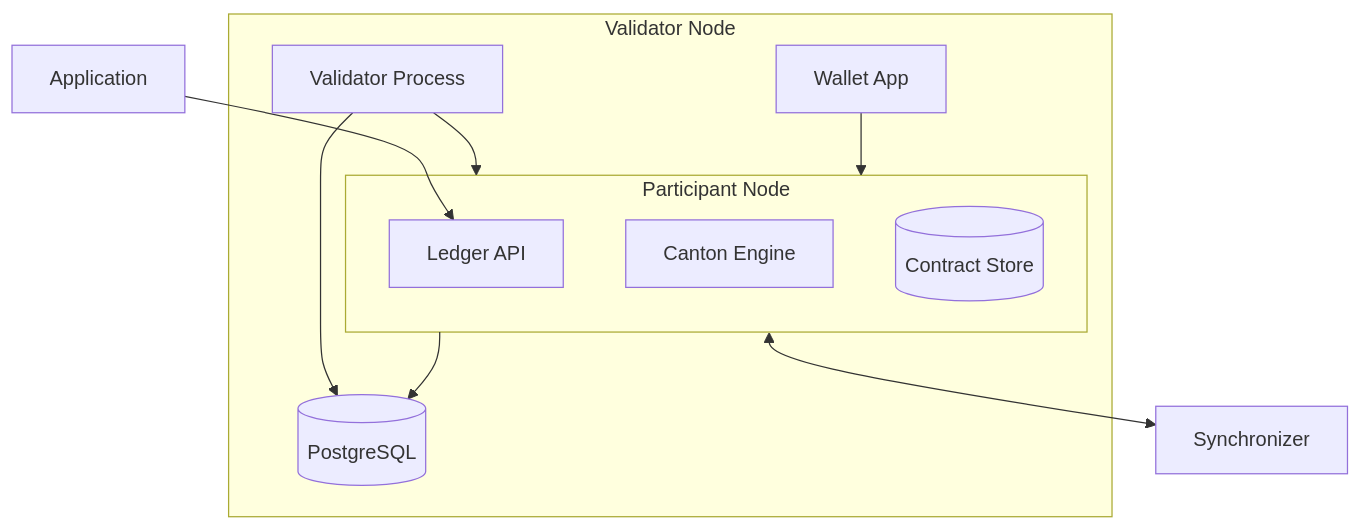
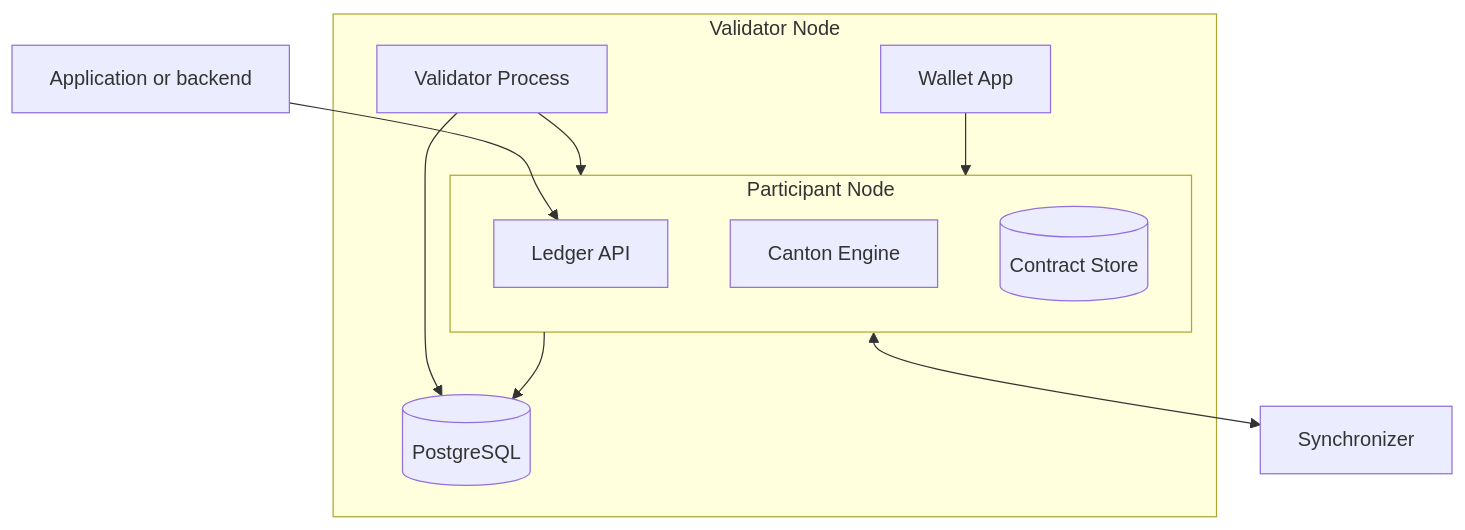
The diagram in docs-main/overview/learn/validator-architecture.mdx (canton-network/cf-docs), drawn with Mermaid before and after one commit. The commit also changed other lines of this file and 3 other files, not shown here.

````diff
--- a/docs-main/overview/learn/validator-architecture.mdx
+++ b/docs-main/overview/learn/validator-architecture.mdx
@@ -12,20 +12,20 @@
 ```mermaid
 flowchart TB
     subgraph Validator["Validator Node"]
         VP[Validator Process]
         subgraph PN["Participant Node"]
             LE[Ledger API]
             CE[Canton Engine]
             CS[(Contract Store)]
         end
         WA[Wallet App]
         DB[(PostgreSQL)]
     end
 
-    APP[Application] --> LE
+    APP[Application or backend] --> LE
     PN <--> SYNC[Synchronizer]
     VP --> PN
     WA --> PN
     PN --> DB
     VP --> DB
 ```
````
